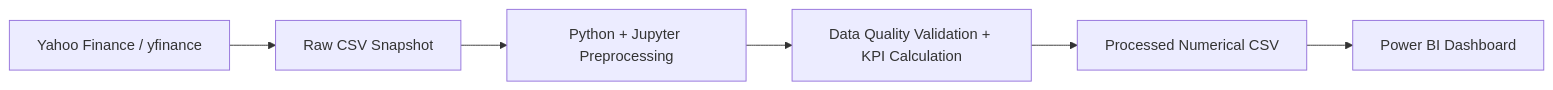
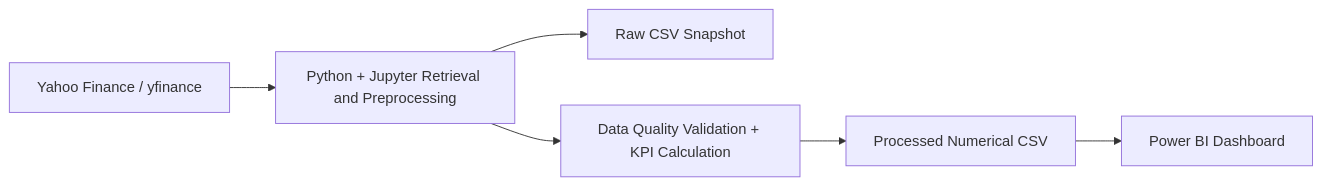
One commit to xrated602/CIS480-Semiconductor-Market-Analysis changed the diagram in docs/week06_architecture_diagram.md. Above: the diagram before and after it, drawn with Mermaid. The commit also changed other lines of this file, not shown here.

Commit message:
Revise Week 6 architecture from Rey review

````diff
--- a/docs/week06_architecture_diagram.md
+++ b/docs/week06_architecture_diagram.md
@@ -5,8 +5,8 @@
 ```mermaid
 flowchart LR
-    A[Yahoo Finance / yfinance] --> B[Raw CSV Snapshot]
-    B --> C[Python + Jupyter Preprocessing]
-    C --> D[Data Quality Validation + KPI Calculation]
+    A[Yahoo Finance / yfinance] --> B[Python + Jupyter Retrieval and Preprocessing]
+    B --> C[Raw CSV Snapshot]
+    B --> D[Data Quality Validation + KPI Calculation]
     D --> E[Processed Numerical CSV]
     E --> F[Power BI Dashboard]
 ```
````
